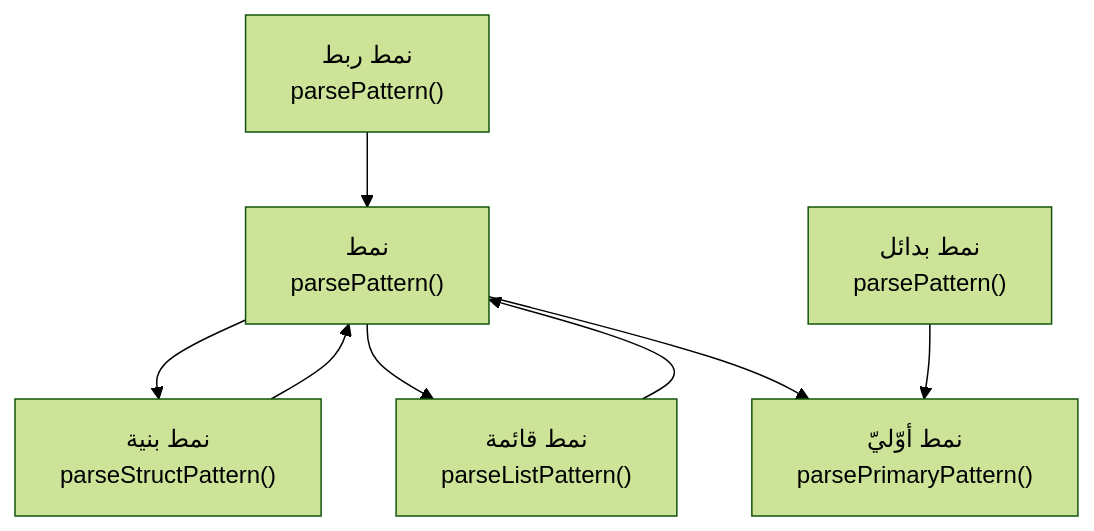
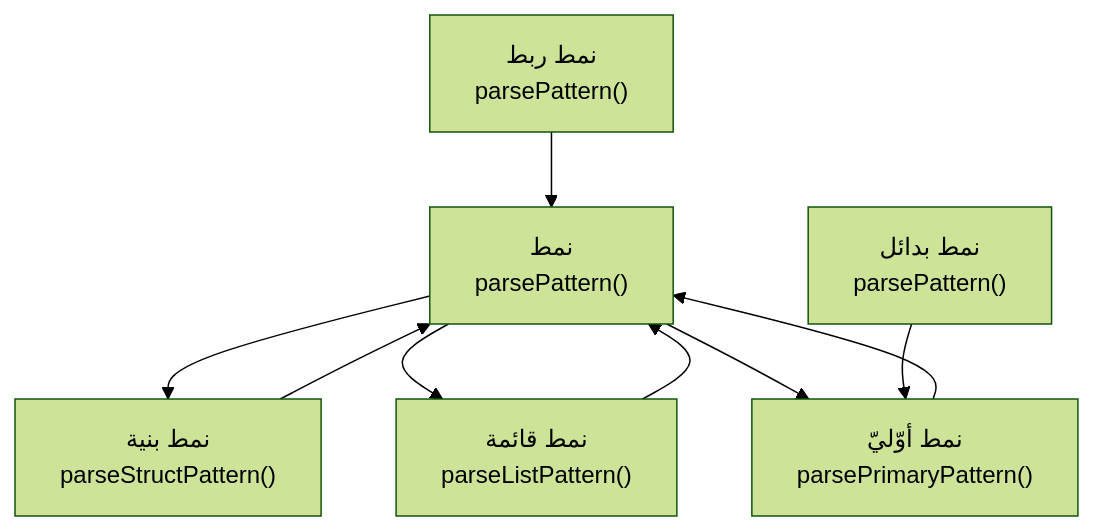
Before and after one commit to sadlang/sadlang: the first of 13 diagrams in docs/parser_rule/_generated/50_patterns.md, drawn with Mermaid (forest theme). The commit also changed other lines of this file and 44 other files, not shown here.

````diff
--- a/docs/parser_rule/_generated/50_patterns.md
+++ b/docs/parser_rule/_generated/50_patterns.md
@@ -16,16 +16,17 @@
 ```mermaid
 flowchart TD
   o1["نمط<br/>parsePattern()"]
   o2["نمط أوّليّ<br/>parsePrimaryPattern()"]
   o3["نمط قائمة<br/>parseListPattern()"]
   o4["نمط بنية<br/>parseStructPattern()"]
   o5["نمط ربط<br/>parsePattern()"]
   o6["نمط بدائل<br/>parsePattern()"]
   o1 --> o4
   o1 --> o3
   o1 --> o2
+  o2 --> o1
   o3 --> o1
   o4 --> o1
   o5 --> o1
   o6 --> o2
 ```
````
